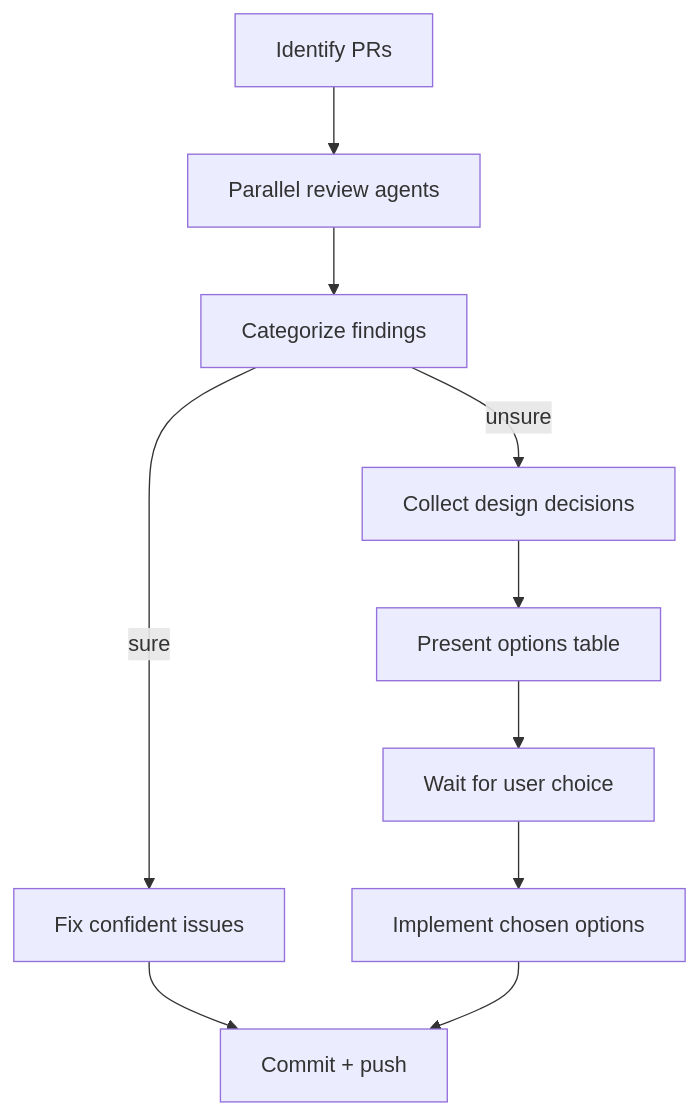
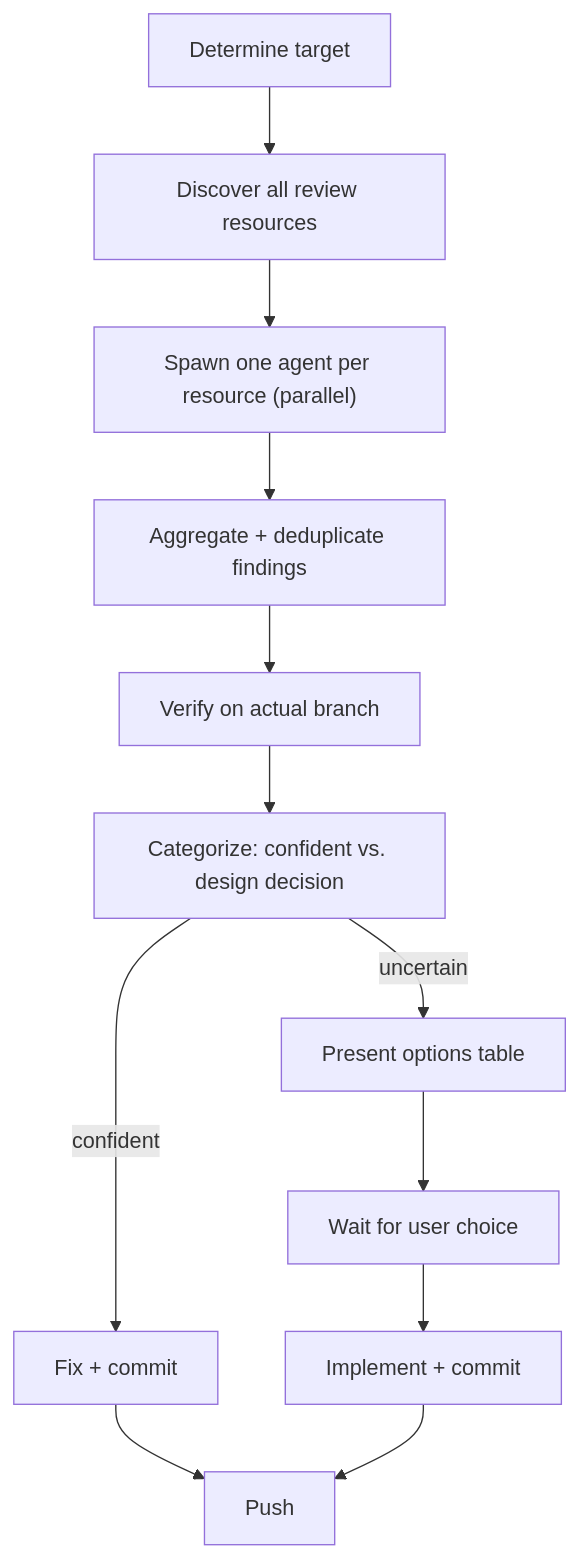
The diagram in skills/review-and-fix/SKILL.md (lx-wnk/skills), drawn with Mermaid before and after one commit. The commit also changed other lines of this file, not shown here.

First line of the commit message:
feat: refactor review-and-fix to dynamic resource discovery on current branch

````diff
--- a/skills/review-and-fix/SKILL.md
+++ b/skills/review-and-fix/SKILL.md
@@ -19,12 +19,14 @@
 ```mermaid
 flowchart TD
-  A["Identify PRs"] --> B["Parallel review agents"]
-  B --> C["Categorize findings"]
-  C -->|sure| D["Fix confident issues"]
-  C -->|unsure| E["Collect design decisions"]
-  D --> F["Commit + push"]
-  E --> G["Present options table"]
-  G --> H["Wait for user choice"]
-  H --> I["Implement chosen options"]
-  I --> F
+  A["Determine target"] --> B["Discover all review resources"]
+  B --> C["Spawn one agent per resource (parallel)"]
+  C --> D["Aggregate + deduplicate findings"]
+  D --> E["Verify on actual branch"]
+  E --> F["Categorize: confident vs. design decision"]
+  F -->|confident| G["Fix + commit"]
+  F -->|uncertain| H["Present options table"]
+  H --> I["Wait for user choice"]
+  I --> J["Implement + commit"]
+  G --> K["Push"]
+  J --> K
 ```
````
